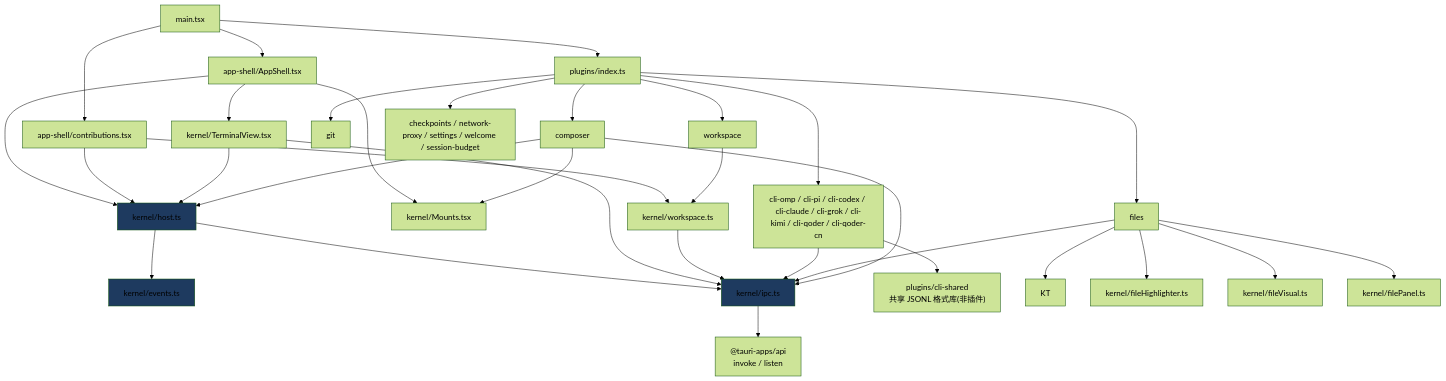
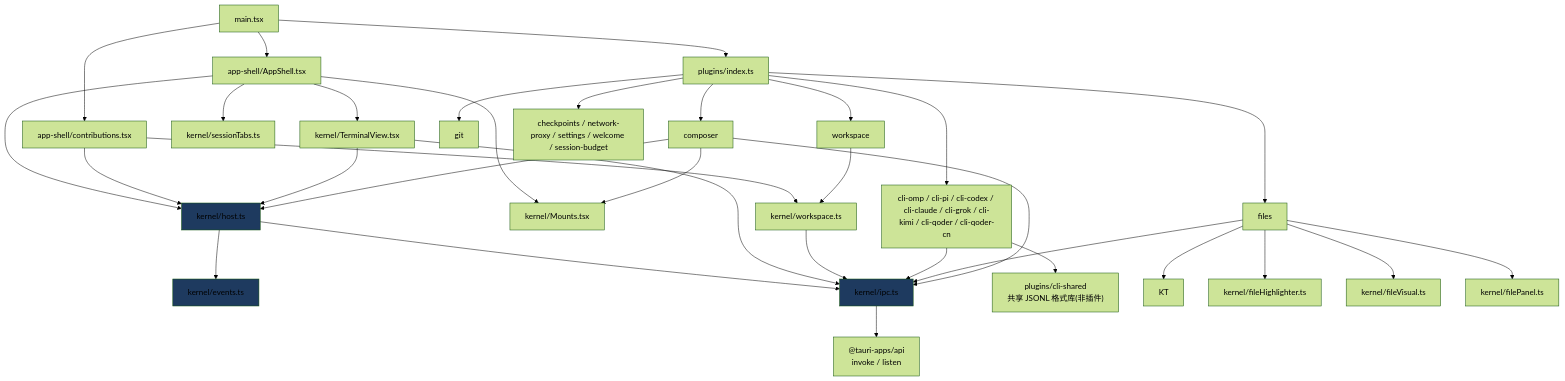
One commit to chenxiangning/tmd-cli changed the eighth of 8 diagrams in docs/architecture/02-code-architecture.md. Above: the diagram before and after it, drawn with Mermaid (forest theme). The commit also changed other lines of this file and 25 other files, not shown here.

````diff
--- a/docs/architecture/02-code-architecture.md
+++ b/docs/architecture/02-code-architecture.md
@@ -324,37 +328,38 @@
 ```mermaid
 flowchart TD
     M["main.tsx"] --> AS["app-shell/AppShell.tsx"]
     M --> CT["app-shell/contributions.tsx"]
     M --> PI["plugins/index.ts"]
 
     AS --> KH["kernel/host.ts"]
     AS --> KM["kernel/Mounts.tsx"]
     AS --> KTV["kernel/TerminalView.tsx"]
+    AS --> KST["kernel/sessionTabs.ts"]
     CT --> KH
     CT --> KW["kernel/workspace.ts"]
 
     PI --> P1["cli-omp / cli-pi / cli-codex / cli-claude / cli-grok / cli-kimi / cli-qoder / cli-qoder-cn"]
     PI --> P2["workspace"]
     PI --> P3["files"]
     PI --> P4["git"]
     PI --> P5["composer"]
     PI --> P6["checkpoints / network-proxy / settings / welcome / session-budget"]
 
     KH --> KE["kernel/events.ts"]
     KH --> KI["kernel/ipc.ts"]
     KTV --> KI
     KTV --> KH
     KW --> KI
 
     P1 --> KI
     P1 --> SH["plugins/cli-shared<br/>共享 JSONL 格式库(非插件)"]
     P2 --> KW
     P3 --> KI & KT & KFH["kernel/fileHighlighter.ts"] & KFV["kernel/fileVisual.ts"] & KFP["kernel/filePanel.ts"]
     P5 --> KH & KM & KI
 
     KI --> TAPI["@tauri-apps/api<br/>invoke / listen"]
 
     style KE fill:#1e3a5f
     style KI fill:#1e3a5f
     style KH fill:#1e3a5f
 ```
````
